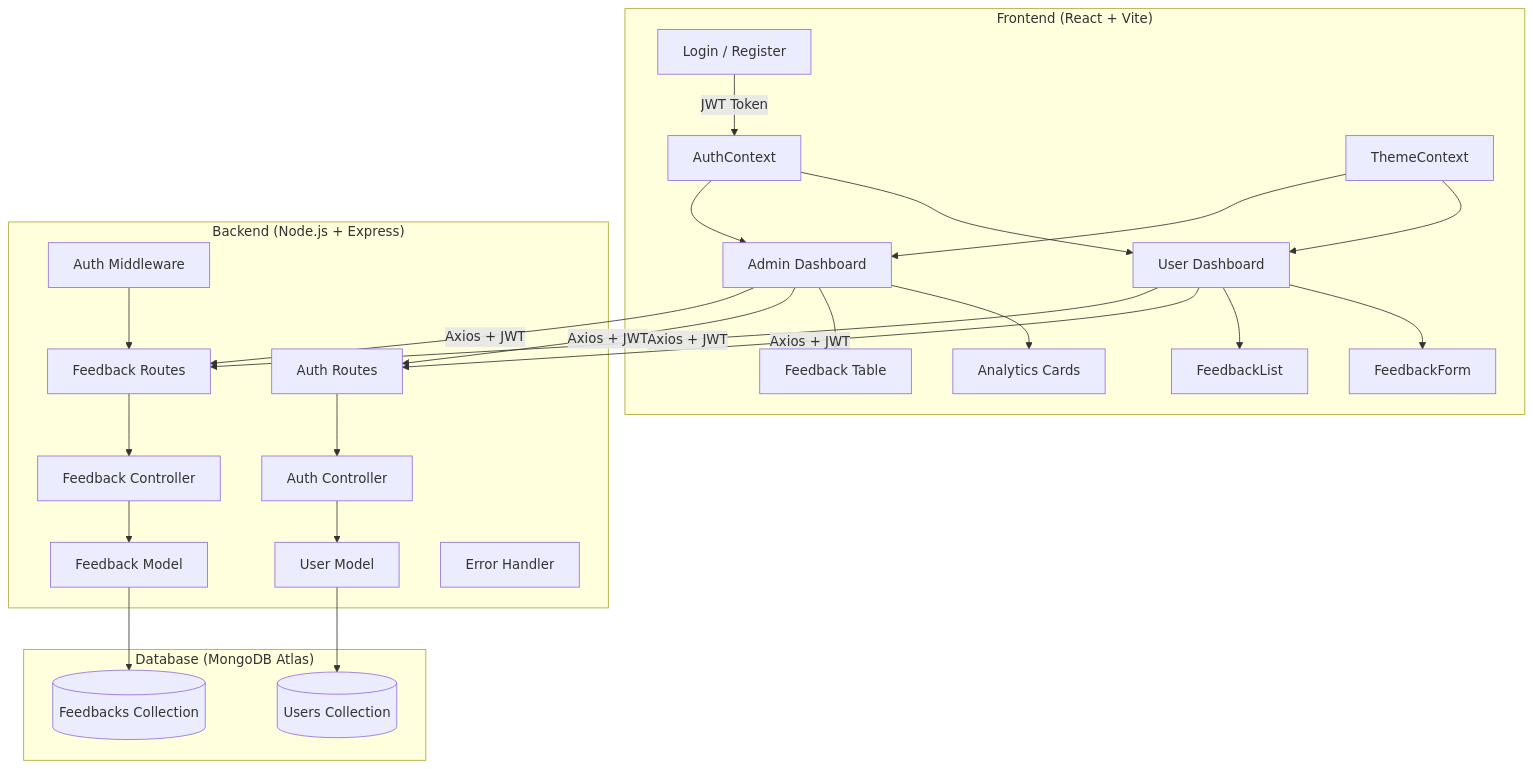
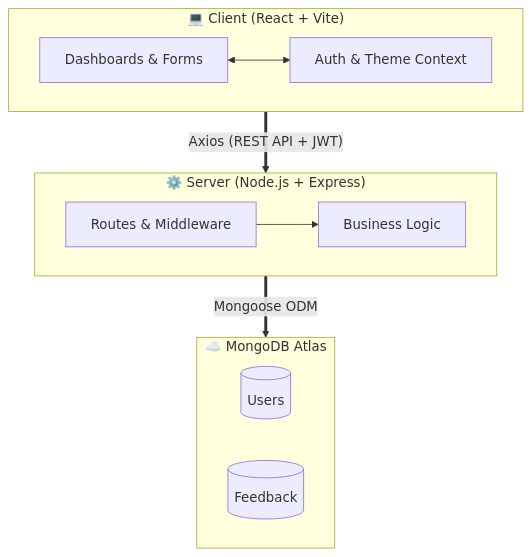
The first of 2 diagrams in README.md (Himanshu-Singh11/Feedback-Collector), drawn with Mermaid before and after one commit.

Commit message:
docs: Simplify architecture diagram

````diff
--- a/README.md
+++ b/README.md
@@ -70,32 +70,25 @@
 ```mermaid
-graph TB
-    subgraph "Frontend (React + Vite)"
-        A[Login / Register] -->|JWT Token| B[AuthContext]
-        B --> C[User Dashboard]
-        B --> D[Admin Dashboard]
-        C --> E[FeedbackForm]
-        C --> F[FeedbackList]
-        D --> G[Analytics Cards]
-        D --> H[Feedback Table]
-        I[ThemeContext] --> C
-        I --> D
+flowchart TD
+    subgraph Frontend ["💻 Client (React + Vite)"]
+        direction LR
+        UI["Dashboards & Forms"]
+        State["Auth & Theme Context"]
+        UI <--> State
     end
 
-    subgraph "Backend (Node.js + Express)"
-        J[Auth Routes] --> K[Auth Controller]
-        L[Feedback Routes] --> M[Feedback Controller]
-        K --> N[User Model]
-        M --> O[Feedback Model]
-        P[Auth Middleware] --> L
-        Q[Error Handler]
+    subgraph Backend ["⚙️ Server (Node.js + Express)"]
+        direction LR
+        API["Routes & Middleware"]
+        Controllers["Business Logic"]
+        API --> Controllers
     end
 
-    subgraph "Database (MongoDB Atlas)"
-        R[(Users Collection)]
-        S[(Feedbacks Collection)]
+    subgraph Database ["☁️ MongoDB Atlas"]
+        direction LR
+        Users[(Users)]
+        Feedback[(Feedback)]
     end
 
-    C & D -->|Axios + JWT| J & L
-    N --> R
-    O --> S
+    Frontend == "Axios (REST API + JWT)" ==> Backend
+    Backend == "Mongoose ODM" ==> Database
 ```
````
